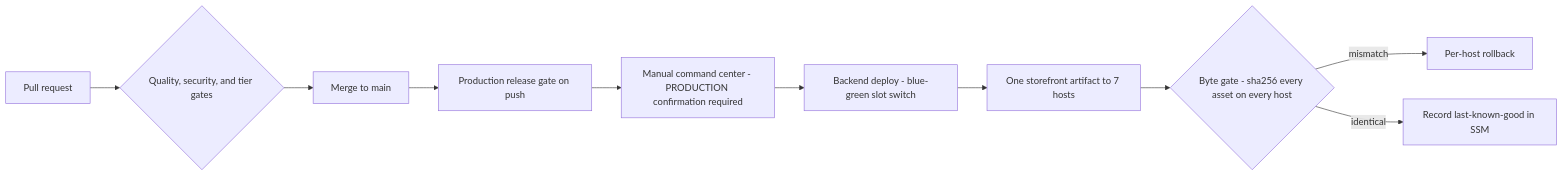
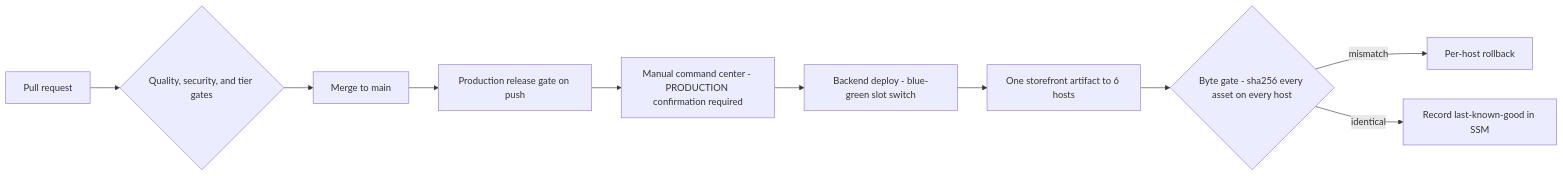
One commit to MdSaifulIslamMSI/Aura changed the diagram in README.md. Above: the diagram before and after it, drawn with Mermaid. The commit also changed other lines of this file, not shown here.

````diff
--- a/README.md
+++ b/README.md
@@ -120,12 +120,12 @@
 ```mermaid
 flowchart LR
     A[Pull request] --> B{Quality, security, and tier gates}
     B --> C[Merge to main]
     C --> D[Production release gate on push]
     D --> E[Manual command center - PRODUCTION confirmation required]
     E --> F[Backend deploy - blue-green slot switch]
-    F --> G[One storefront artifact to 7 hosts]
+    F --> G[One storefront artifact to 6 hosts]
     G --> H{Byte gate - sha256 every asset on every host}
     H -->|mismatch| I[Per-host rollback]
     H -->|identical| J[Record last-known-good in SSM]
 ```
````
